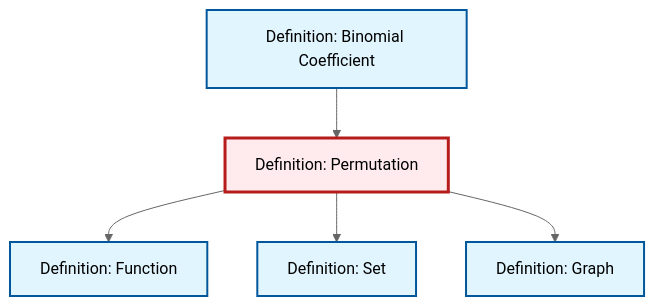
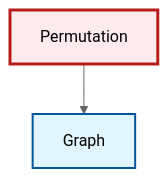
One commit to RK0429/ModernMath changed the diagram in content/en/combinatorics/def-permutation.qmd. Above: the diagram before and after it, drawn with Mermaid (neutral theme). The commit also changed 328 other files, not shown here.

````diff
--- a/content/en/combinatorics/def-permutation.qmd
+++ b/content/en/combinatorics/def-permutation.qmd
@@ -53,23 +53,14 @@
 ```{mermaid}
 %%| fig-cap: "Local dependency graph"
 graph TD
     classDef definition fill:#e1f5fe,stroke:#01579b,stroke-width:2px
     classDef theorem fill:#f3e5f5,stroke:#4a148c,stroke-width:2px
     classDef axiom fill:#fff3e0,stroke:#e65100,stroke-width:2px
     classDef example fill:#e8f5e9,stroke:#1b5e20,stroke-width:2px
     classDef current fill:#ffebee,stroke:#b71c1c,stroke-width:3px
-    def-set["Definition: Set"]:::definition
-    def-function["Definition: Function"]:::definition
-    def-binomial-coefficient["Definition: Binomial Coefficient"]:::definition
-    def-permutation["Definition: Permutation"]:::definition
-    def-graph["Definition: Graph"]:::definition
-    def-permutation --> def-function
-    def-binomial-coefficient --> def-permutation
-    def-permutation --> def-set
+    def-graph["Graph"]:::definition
+    def-permutation["Permutation"]:::definition
     def-permutation --> def-graph
     class def-permutation current
-    click def-set "def-set.html" "Go to Set definition"
-    click def-function "def-function.html" "Go to Function definition"
-    click def-binomial-coefficient "def-binomial-coefficient.html" "Go to Binomial Coefficient definition"
-    click def-graph "def-graph.html" "Go to Graph definition"
+    click def-graph "def-graph.html" "Go to Graph"
 ```
````
